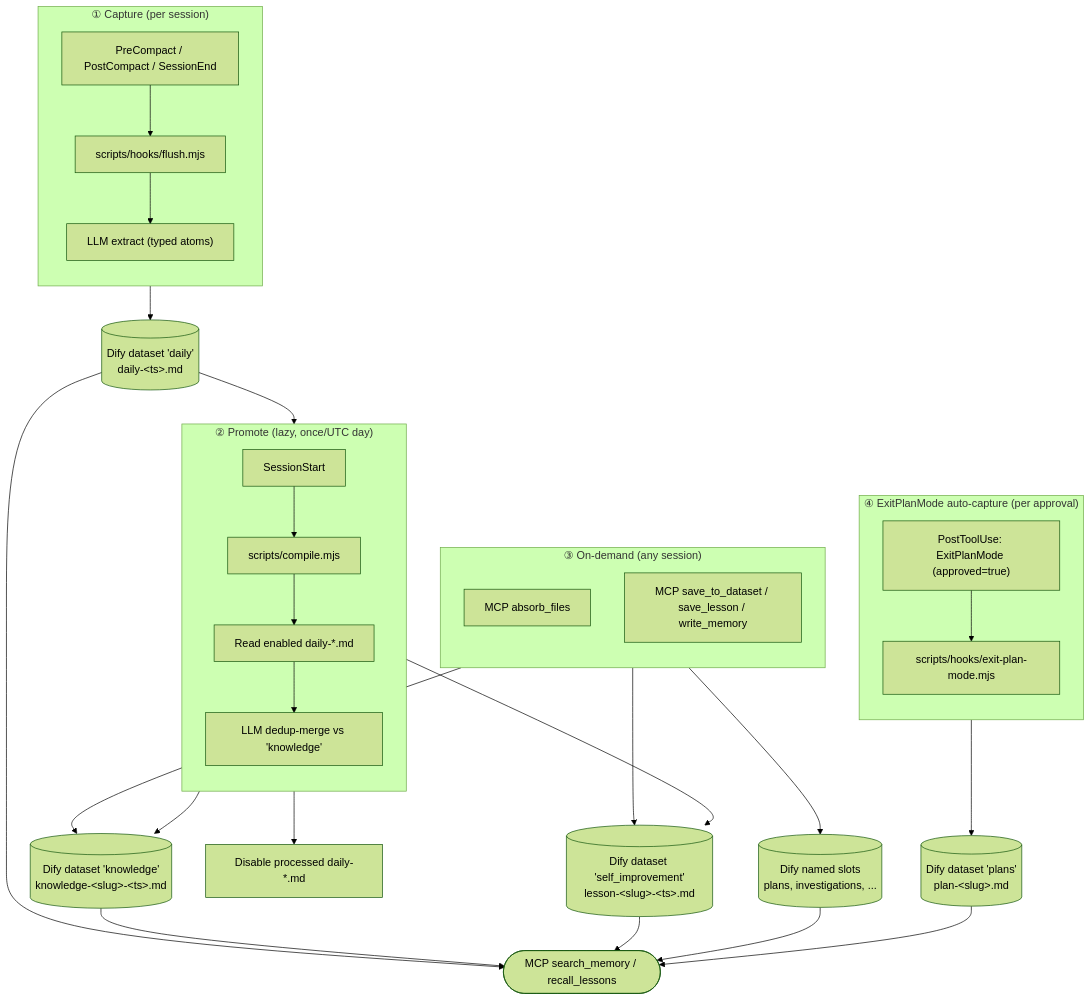
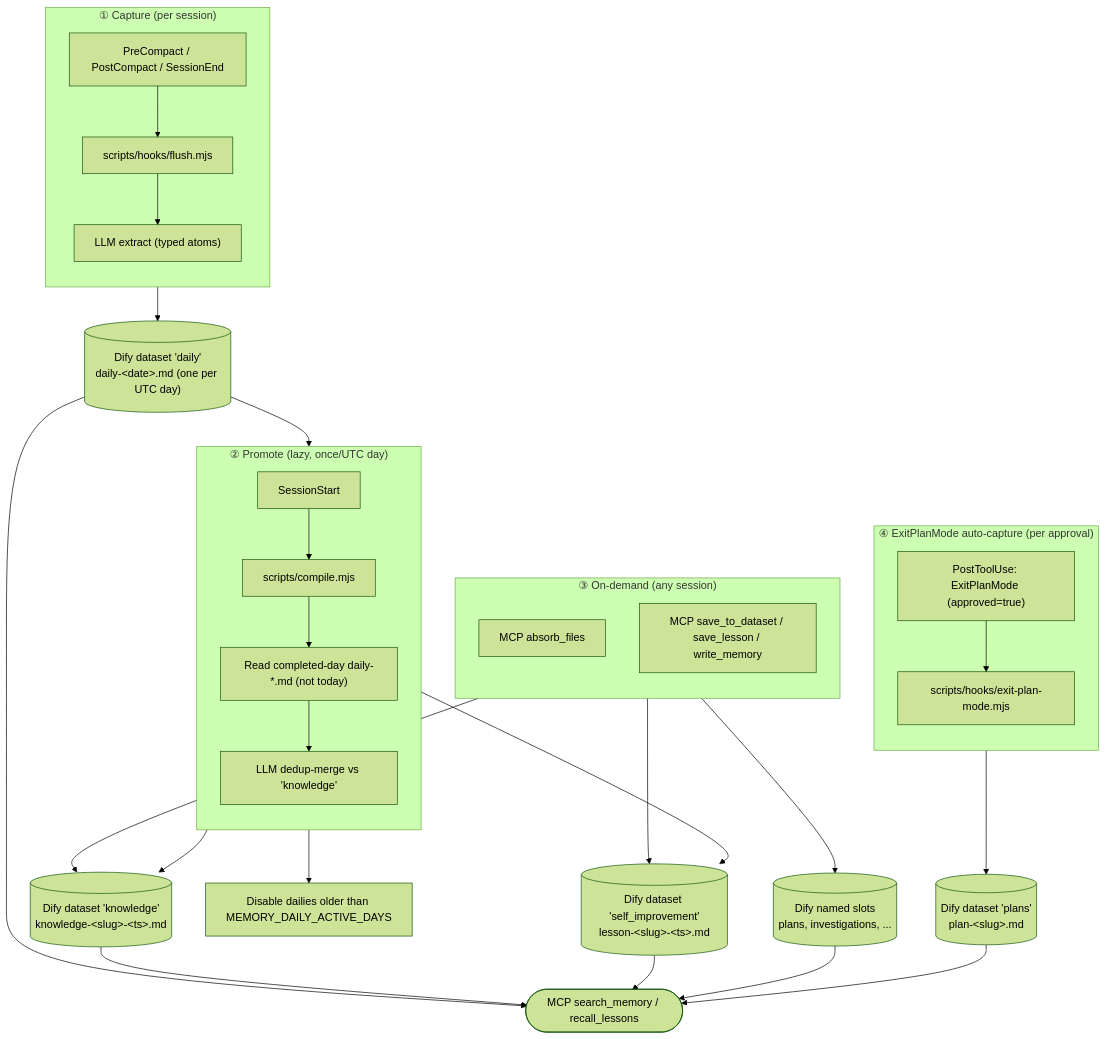
One commit to ctxr-dev/memory changed the diagram in README.md. Above: the diagram before and after it, drawn with Mermaid (forest theme). The commit also changed other lines of this file and 13 other files, not shown here.

First line of the commit message:
feat(daily): accumulate sessions per UTC day + multi-day active window (#17)

````diff
--- a/README.md
+++ b/README.md
@@ -332,44 +332,44 @@
 ```mermaid
 flowchart TB
   subgraph Capture["① Capture (per session)"]
     direction TB
     Hook["PreCompact / PostCompact / SessionEnd"] --> Flush["scripts/hooks/flush.mjs"]
     Flush --> LLM1["LLM extract (typed atoms)"]
   end
 
-  LLM1 --> DailyDataset[("Dify dataset 'daily'<br/>daily-&lt;ts&gt;.md")]
+  LLM1 --> DailyDataset[("Dify dataset 'daily'<br/>daily-&lt;date&gt;.md (one per UTC day)")]
 
   subgraph Promote["② Promote (lazy, once/UTC day)"]
     direction TB
     Start["SessionStart"] --> Compile["scripts/compile.mjs"]
-    Compile --> ReadDaily["Read enabled daily-*.md"]
+    Compile --> ReadDaily["Read completed-day daily-*.md (not today)"]
     ReadDaily --> LLM2["LLM dedup-merge vs 'knowledge'"]
   end
 
   DailyDataset --> ReadDaily
   LLM2 --> KnowledgeDataset[("Dify dataset 'knowledge'<br/>knowledge-&lt;slug&gt;-&lt;ts&gt;.md")]
   LLM2 --> SelfImprovement[("Dify dataset 'self_improvement'<br/>lesson-&lt;slug&gt;-&lt;ts&gt;.md")]
-  Compile --> DisableDaily["Disable processed daily-*.md"]
+  Compile --> DisableDaily["Disable dailies older than MEMORY_DAILY_ACTIVE_DAYS"]
 
   subgraph OnDemand["③ On-demand (any session)"]
     direction TB
     Absorb["MCP absorb_files"]
     Save["MCP save_to_dataset / save_lesson / write_memory"]
   end
 
   subgraph PlanCapture["④ ExitPlanMode auto-capture (per approval)"]
     direction TB
     ExitPlan["PostToolUse: ExitPlanMode (approved=true)"] --> ExitPlanScript["scripts/hooks/exit-plan-mode.mjs"]
   end
 
   Absorb --> KnowledgeDataset
   Save --> AnyDataset[("Dify named slots<br/>plans, investigations, ...")]
   Save --> SelfImprovement
   ExitPlanScript --> PlansDataset[("Dify dataset 'plans'<br/>plan-&lt;slug&gt;.md")]
 
   DailyDataset --> Search(["MCP search_memory / recall_lessons"])
   KnowledgeDataset --> Search
   SelfImprovement --> Search
   AnyDataset --> Search
   PlansDataset --> Search
 ```
````
